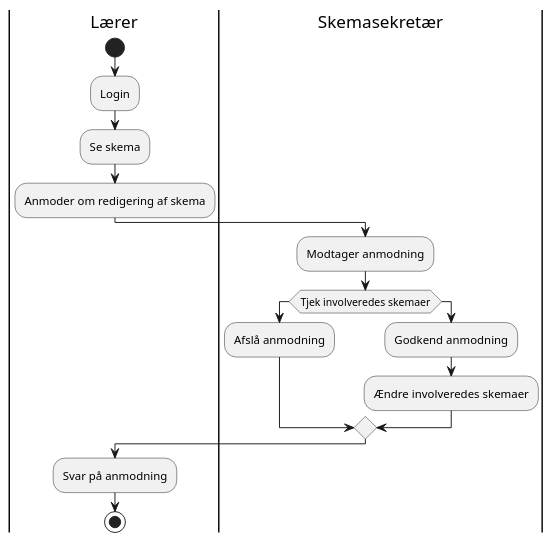
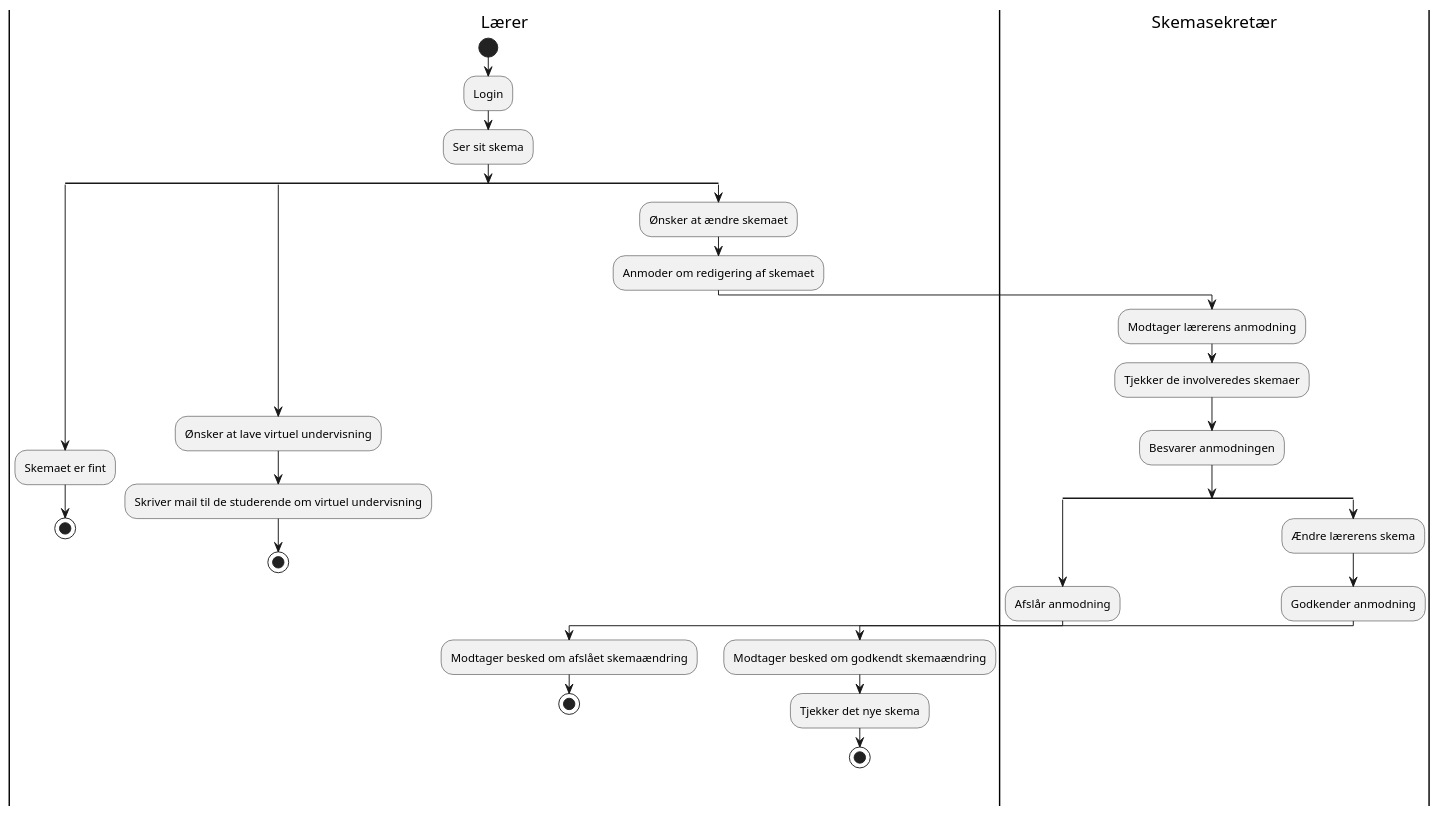
Before and after one commit to MadsSchroder/Systemudvikling-Eksamen-KU: the diagram in BPM.puml, drawn with PlantUML.

Commit message:
Opdateret BPMN (Activity Diagram)

```diff
--- a/BPM.puml
+++ b/BPM.puml
@@ -1,18 +1,33 @@
 @startuml
 |Lærer|
 start
 :Login;
-:Se skema;
-:Anmoder om redigering af skema;
+:Ser sit skema;
+split
+:Skemaet er fint;
+stop
+split again
+:Ønsker at lave virtuel undervisning;
+:Skriver mail til de studerende om virtuel undervisning;
+stop
+split again
+:Ønsker at ændre skemaet;
+:Anmoder om redigering af skemaet;
 |Skemasekretær|
-:Modtager anmodning;
-if (Tjek involveredes skemaer) then
-:Afslå anmodning;
-else
-:Godkend anmodning;
-:Ændre involveredes skemaer;
-endif
+:Modtager lærerens anmodning;
+:Tjekker de involveredes skemaer;
+:Besvarer anmodningen;
+split
+:Afslår anmodning;
 |Lærer|
-:Svar på anmodning;
+:Modtager besked om afslået skemaændring;
+stop
+|Skemasekretær|
+split again
+:Ændre lærerens skema;
+:Godkender anmodning;
+|Lærer|
+:Modtager besked om godkendt skemaændring;
+:Tjekker det nye skema;
 stop
 @enduml
```
